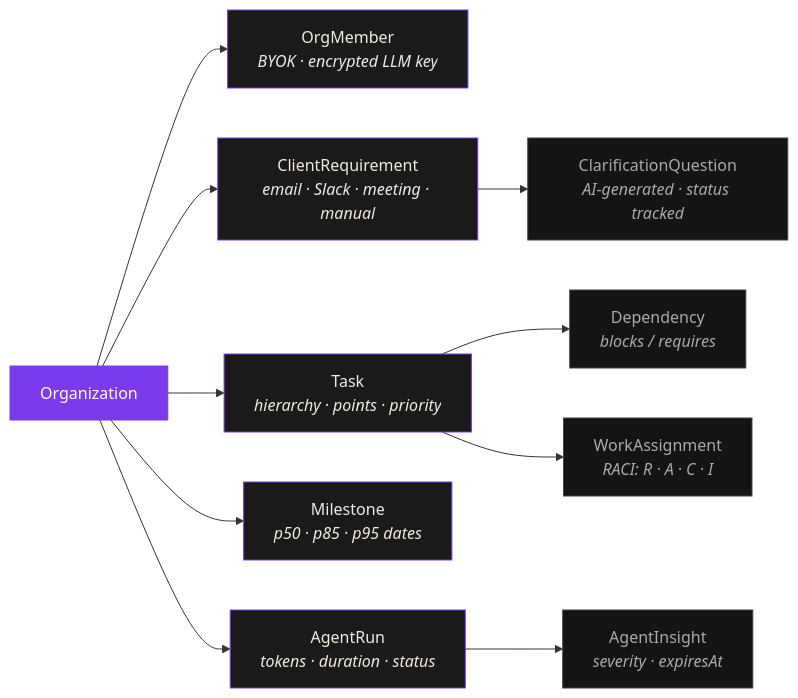
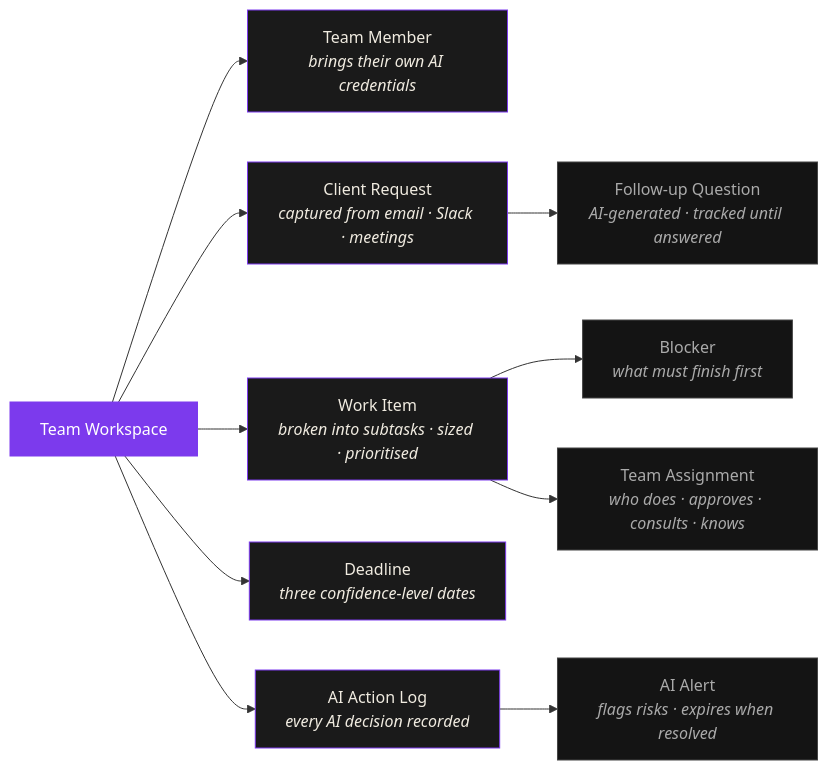
One commit to Arcanag/arcanag.github.io changed the diagram in _mermaid/16-agentic-pm-schema.mmd. Above: the diagram before and after it, drawn with Mermaid. The commit also changed 2 other files, not shown here.

Commit message:
Simplify schema diagram language and add explanatory paragraph
Replace technical model names with plain-English equivalents in the
schema SVG so non-technical readers can follow the diagram. Add a
prose paragraph below the figure walking through each node in context.

```diff
--- a/_mermaid/16-agentic-pm-schema.mmd
+++ b/_mermaid/16-agentic-pm-schema.mmd
@@ -1,24 +1,24 @@
 graph LR
-    ORG["Organization"]
+    ORG["Team Workspace"]
 
-    ORG --> MEMBER["OrgMember<br/><i>BYOK · encrypted LLM key</i>"]
-    ORG --> REQ["ClientRequirement<br/><i>email · Slack · meeting · manual</i>"]
-    ORG --> TASK["Task<br/><i>hierarchy · points · priority</i>"]
-    ORG --> MILE["Milestone<br/><i>p50 · p85 · p95 dates</i>"]
-    ORG --> ARUN["AgentRun<br/><i>tokens · duration · status</i>"]
+    ORG --> MEMBER["Team Member<br/><i>brings their own AI credentials</i>"]
+    ORG --> REQ["Client Request<br/><i>captured from email · Slack · meetings</i>"]
+    ORG --> TASK["Work Item<br/><i>broken into subtasks · sized · prioritised</i>"]
+    ORG --> MILE["Deadline<br/><i>three confidence-level dates</i>"]
+    ORG --> ARUN["AI Action Log<br/><i>every AI decision recorded</i>"]
 
-    REQ --> CLARQ["ClarificationQuestion<br/><i>AI-generated · status tracked</i>"]
-    TASK --> DEP["Dependency<br/><i>blocks / requires</i>"]
-    TASK --> ASSIGN["WorkAssignment<br/><i>RACI: R · A · C · I</i>"]
-    ARUN --> INSIGHT["AgentInsight<br/><i>severity · expiresAt</i>"]
+    REQ --> CLARQ["Follow-up Question<br/><i>AI-generated · tracked until answered</i>"]
+    TASK --> DEP["Blocker<br/><i>what must finish first</i>"]
+    TASK --> ASSIGN["Team Assignment<br/><i>who does · approves · consults · knows</i>"]
+    ARUN --> INSIGHT["AI Alert<br/><i>flags risks · expires when resolved</i>"]
 
     style ORG fill:#7C3AED,stroke:#7C3AED,color:#fff
     style MEMBER fill:#1a1a1a,stroke:#7C3AED,color:#f0ebe0
     style REQ fill:#1a1a1a,stroke:#7C3AED,color:#f0ebe0
     style TASK fill:#1a1a1a,stroke:#7C3AED,color:#f0ebe0
     style MILE fill:#1a1a1a,stroke:#7C3AED,color:#f0ebe0
     style ARUN fill:#1a1a1a,stroke:#7C3AED,color:#f0ebe0
     style DEP fill:#141414,stroke:#444,color:#aaa
     style ASSIGN fill:#141414,stroke:#444,color:#aaa
     style CLARQ fill:#141414,stroke:#444,color:#aaa
     style INSIGHT fill:#141414,stroke:#444,color:#aaa
```
